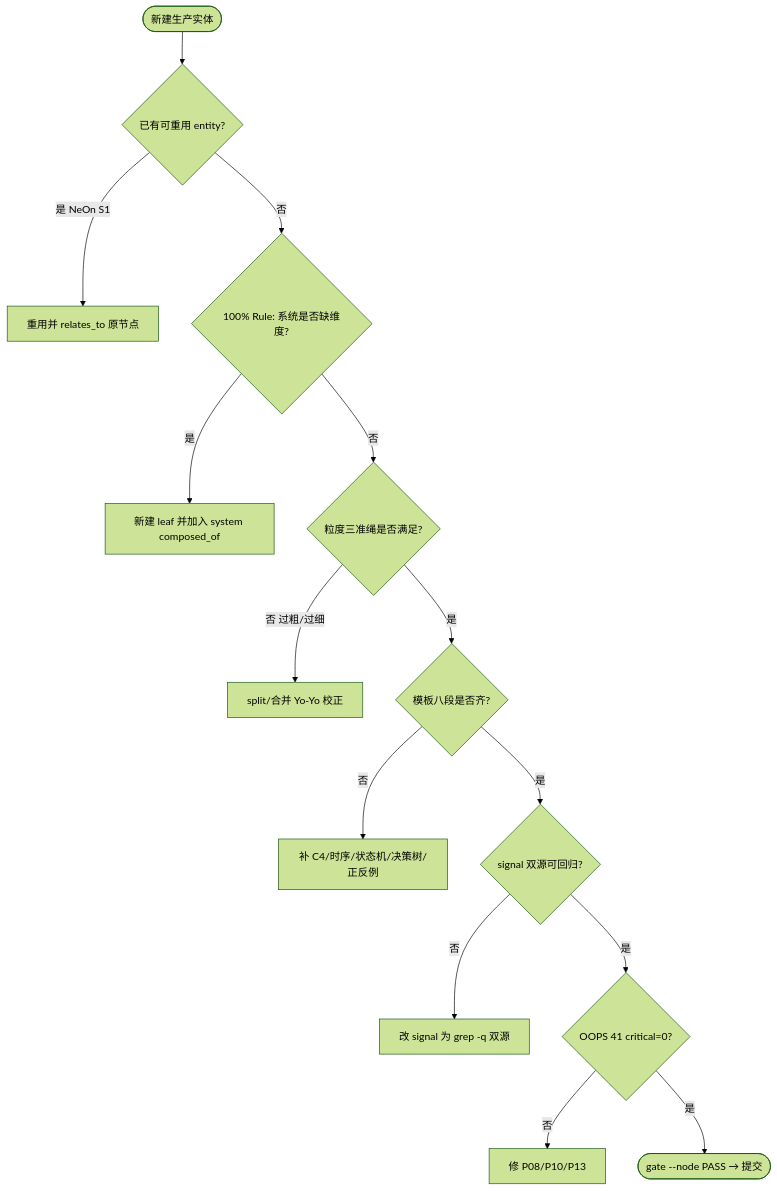
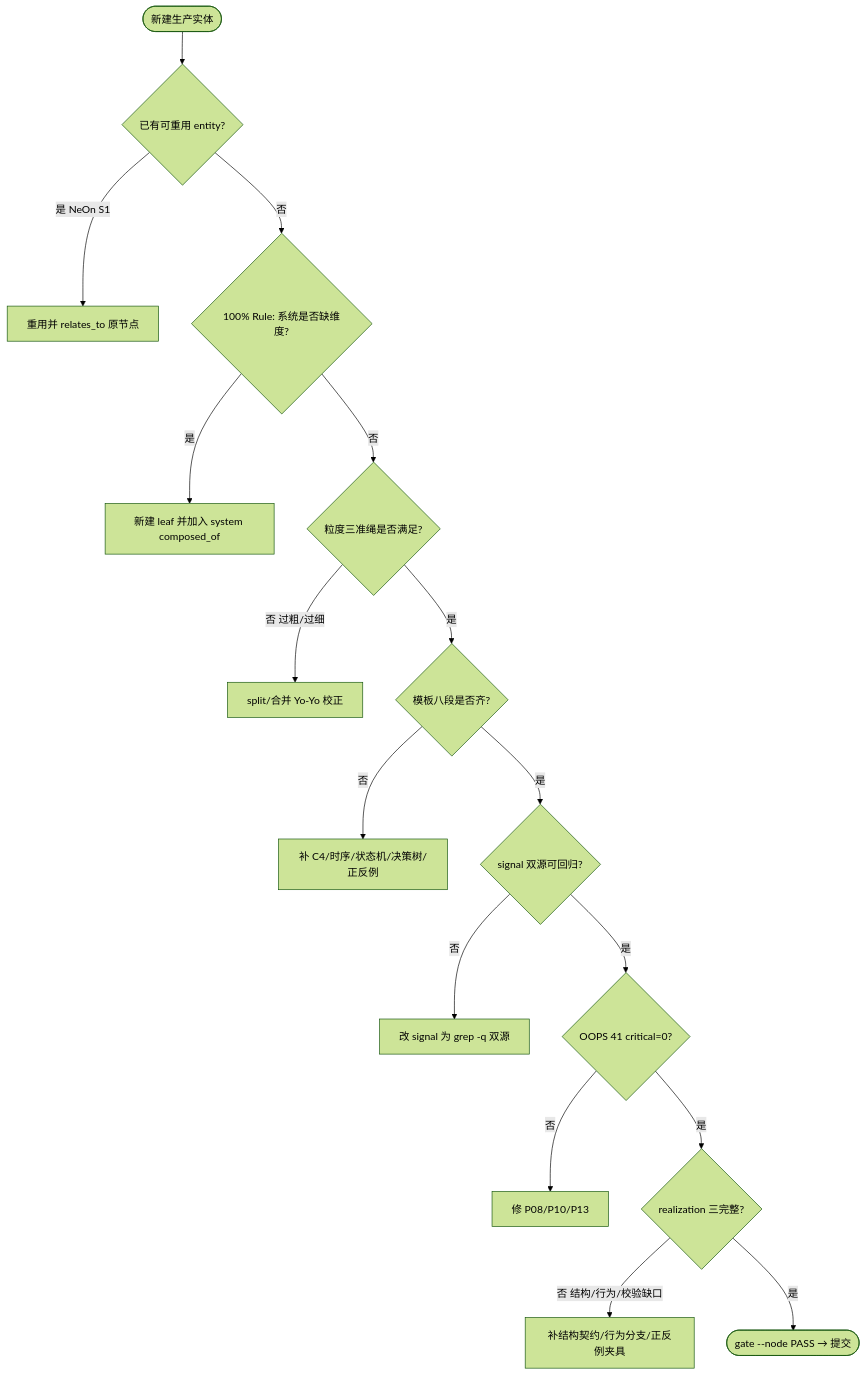
The third of 3 diagrams in ontology/pattern/production-ontology-scientific-gate.md (MyBlackHole/pdca-workflow), drawn with Mermaid (forest theme) before and after one commit. The commit also changed other lines of this file and 101 other files, not shown here.

````diff
--- a/ontology/pattern/production-ontology-scientific-gate.md
+++ b/ontology/pattern/production-ontology-scientific-gate.md
@@ -156,16 +174,18 @@
 ```mermaid
 flowchart TD
     START([新建生产实体]) --> Q1{已有可重用 entity?}
     Q1 -- 是 NeOn S1 --> A1[重用并 relates_to 原节点]
     Q1 -- 否 --> Q2{100% Rule: 系统是否缺维度?}
     Q2 -- 是 --> A2[新建 leaf 并加入 system composed_of]
     Q2 -- 否 --> Q3{粒度三准绳是否满足?}
     Q3 -- 否 过粗/过细 --> A3[split/合并 Yo-Yo 校正]
     Q3 -- 是 --> Q4{模板八段是否齐?}
     Q4 -- 否 --> A4[补 C4/时序/状态机/决策树/正反例]
     Q4 -- 是 --> Q5{signal 双源可回归?}
     Q5 -- 否 --> A5[改 signal 为 grep -q 双源]
     Q5 -- 是 --> Q6{OOPS 41 critical=0?}
     Q6 -- 否 --> A6[修 P08/P10/P13]
-    Q6 -- 是 --> END([gate --node PASS → 提交])
+    Q6 -- 是 --> Q7{realization 三完整?}
+    Q7 -- 否 结构/行为/校验缺口 --> A7[补结构契约/行为分支/正反例夹具]
+    Q7 -- 是 --> END([gate --node PASS → 提交])
 ```
````
